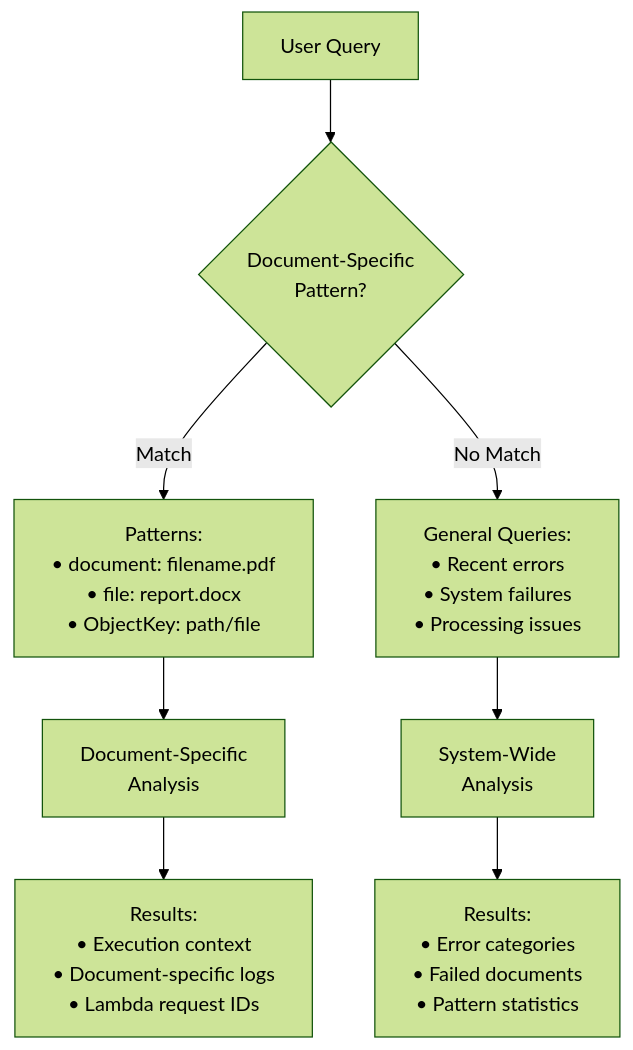
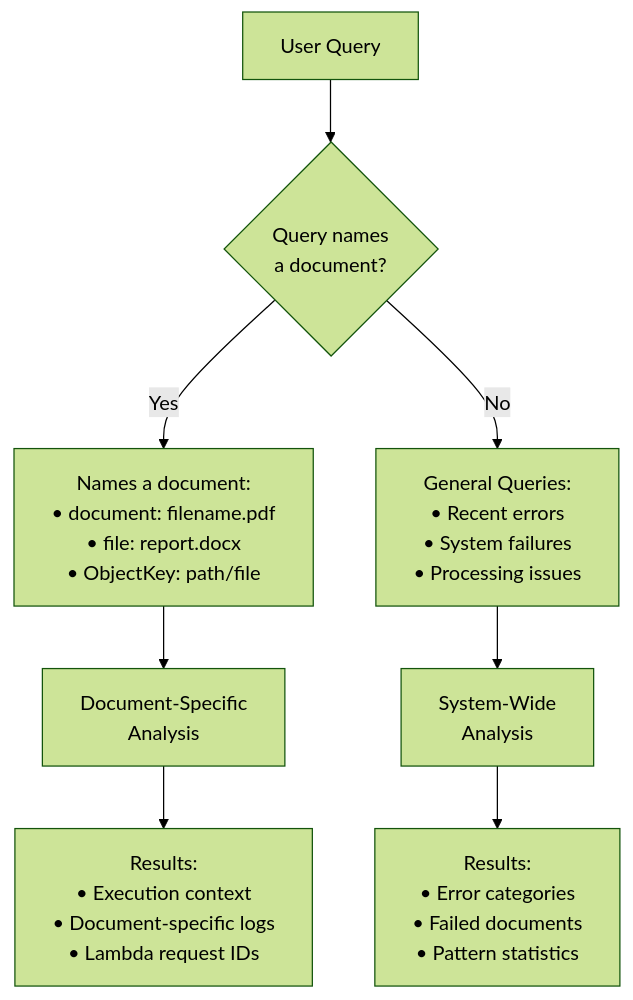
Before and after one commit to aws-solutions-library-samples/accelerated-intelligent-document-processing-on-aws: the third of 5 diagrams in docs/error-analyzer.md, drawn with Mermaid (forest theme). The commit also changed other lines of this file and 72 other files, not shown here.

````diff
--- a/docs/error-analyzer.md
+++ b/docs/error-analyzer.md
@@ -145,13 +169,13 @@
 ```mermaid
 flowchart TD
-    Query[User Query] --> Check{Document-Specific<br/>Pattern?}
+    Query[User Query] --> Check{Query names<br/>a document?}
     
-    Check -->|Match| DocPattern["Patterns:<br/>• document: filename.pdf<br/>• file: report.docx<br/>• ObjectKey: path/file"]
-    Check -->|No Match| GeneralPattern["General Queries:<br/>• Recent errors<br/>• System failures<br/>• Processing issues"]
+    Check -->|Yes| DocPattern["Names a document:<br/>• document: filename.pdf<br/>• file: report.docx<br/>• ObjectKey: path/file"]
+    Check -->|No| GeneralPattern["General Queries:<br/>• Recent errors<br/>• System failures<br/>• Processing issues"]
     
     DocPattern --> DocAnalysis[Document-Specific<br/>Analysis]
     GeneralPattern --> SysAnalysis[System-Wide<br/>Analysis]
     
     DocAnalysis --> DocResult["Results:<br/>• Execution context<br/>• Document-specific logs<br/>• Lambda request IDs"]
     SysAnalysis --> SysResult["Results:<br/>• Error categories<br/>• Failed documents<br/>• Pattern statistics"]
 ```
````
